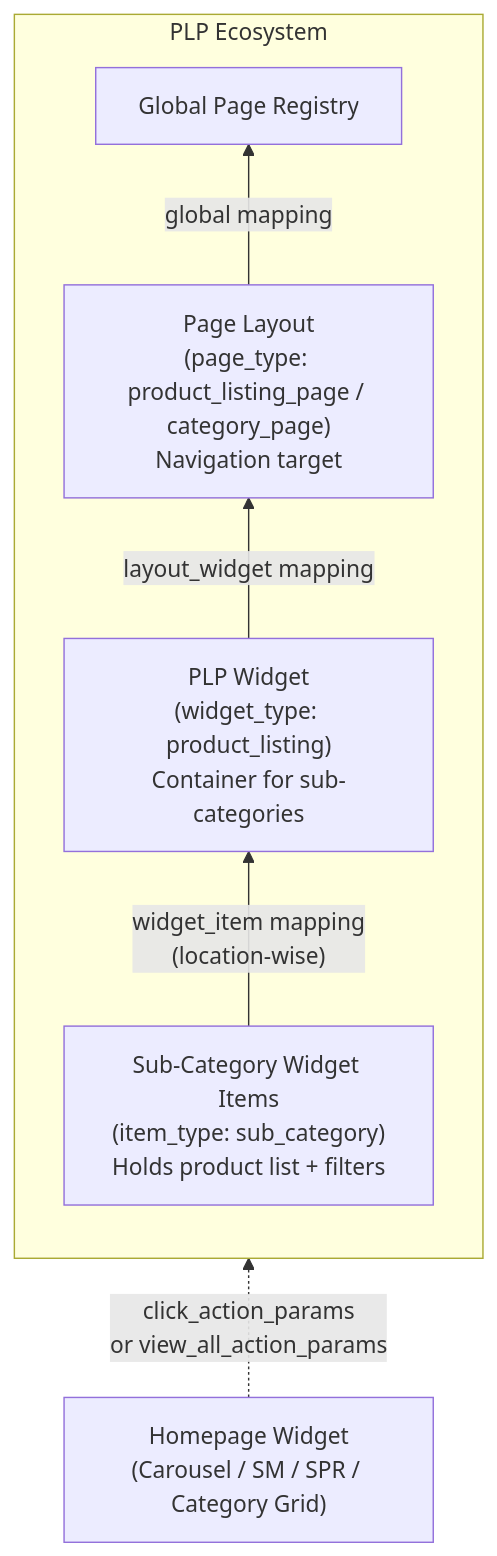
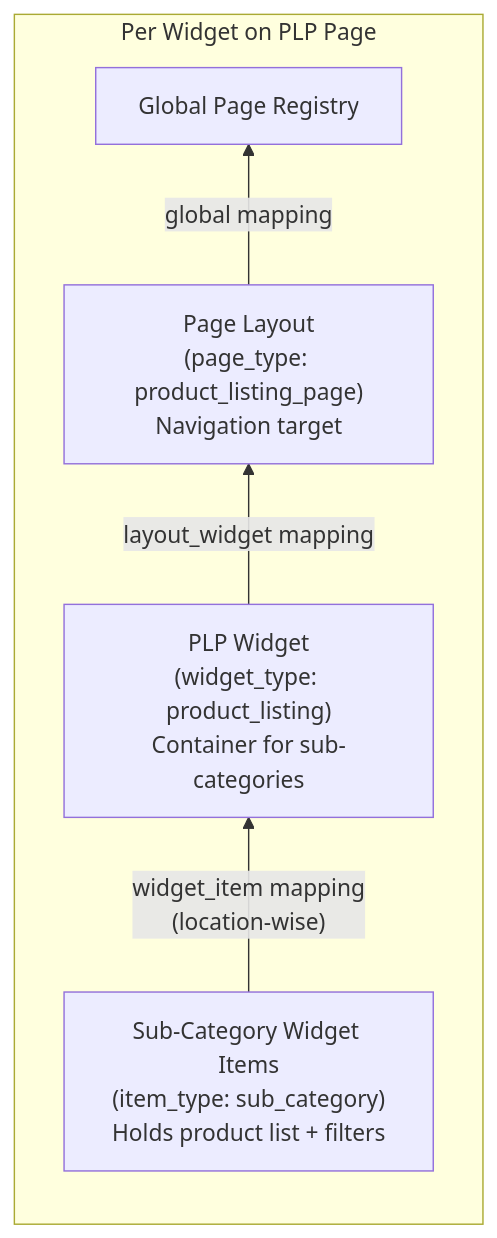
One commit to satyamgupta1312/Optimus changed the third of 8 diagrams in wiki/PLP-PAGE-widget-support.md. Above: the diagram before and after it, drawn with Mermaid. The commit also changed other lines of this file and 10 other files, not shown here.

First line of the commit message:
sync: config-wiki sync + PLP page widget support rewrite

````diff
--- a/wiki/PLP-PAGE-widget-support.md
+++ b/wiki/PLP-PAGE-widget-support.md
@@ -54,15 +220,13 @@
 ```mermaid
 flowchart BT
-    subgraph PLP Ecosystem
+    subgraph "Per Widget on PLP Page"
         direction BT
         SC["Sub-Category Widget Items\n(item_type: sub_category)\nHolds product list + filters"]
-        PLP["PLP Widget\n(widget_type: product_listing)\nContainer for sub-categories"]
-        Page["Page Layout\n(page_type: product_listing_page / category_page)\nNavigation target"]
+        PLP_W["PLP Widget\n(widget_type: product_listing)\nContainer for sub-categories"]
+        Page["Page Layout\n(page_type: product_listing_page)\nNavigation target"]
 
-        SC -->|"widget_item mapping\n(location-wise)"| PLP
-        PLP -->|"layout_widget mapping"| Page
+        SC -->|"widget_item mapping\n(location-wise)"| PLP_W
+        PLP_W -->|"layout_widget mapping"| Page
         Page -->|"global mapping"| Global[Global Page Registry]
     end
-
-    Homepage["Homepage Widget\n(Carousel / SM / SPR / Category Grid)"] -.->|"click_action_params\nor view_all_action_params"| Page
 ```
````
